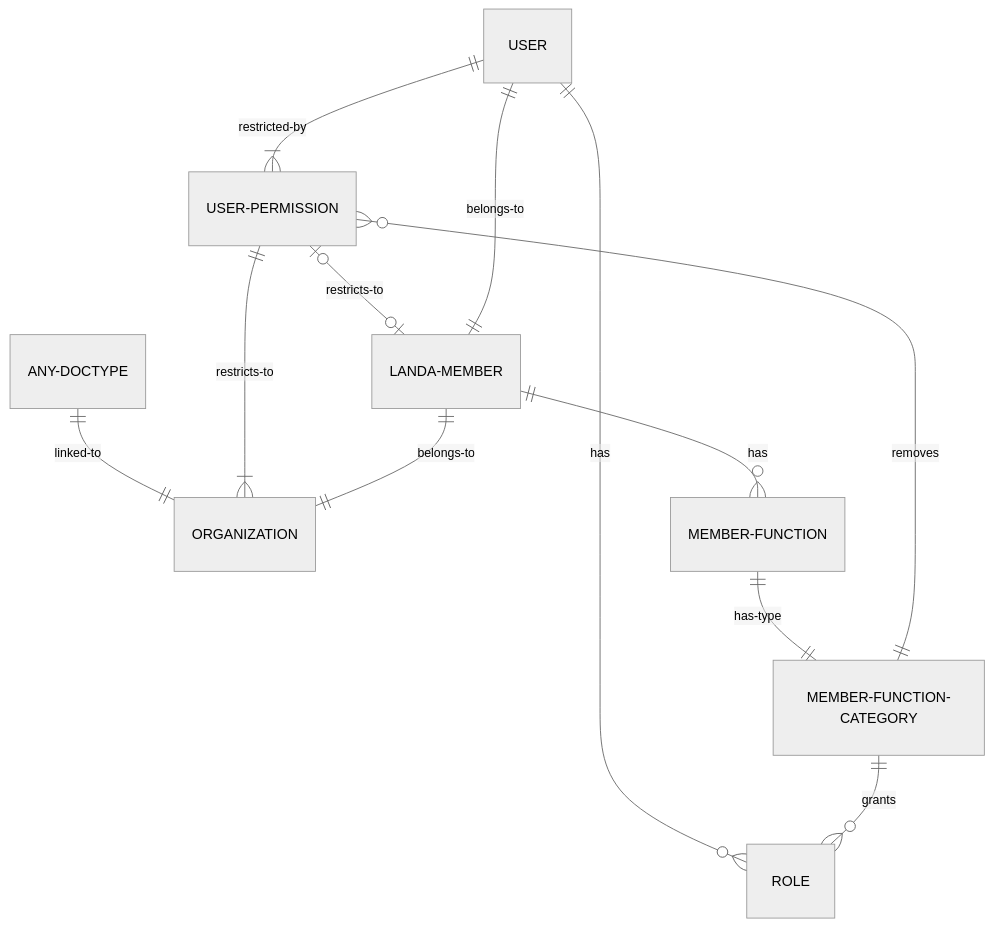
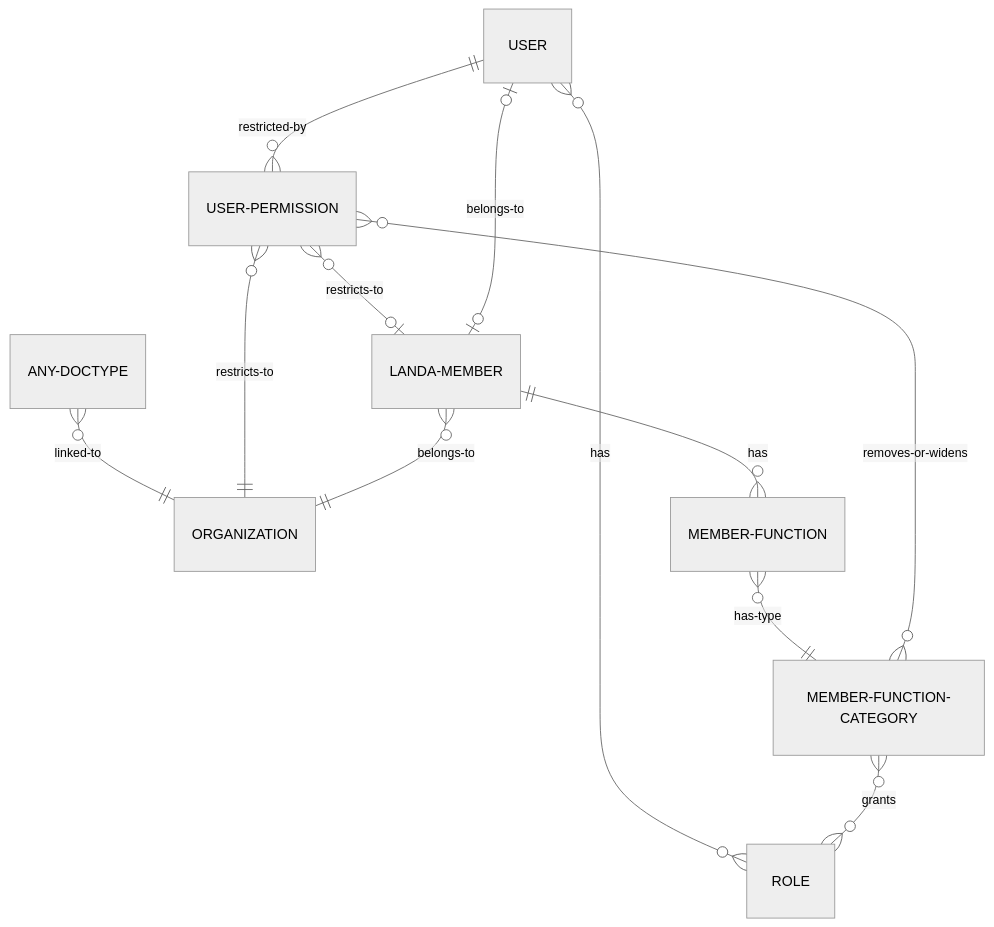
The diagram in docs/permissions.md (alyf-de/landa), drawn with Mermaid (neutral theme) before and after one commit.

Commit message:
docs: fix cardinalities in permissions ER diagram

````diff
--- a/docs/permissions.md
+++ b/docs/permissions.md
@@ -24,14 +24,14 @@
 ```mermaid
 erDiagram
-    USER ||--|{ USER-PERMISSION : restricted-by
-    ANY-DOCTYPE ||--|| ORGANIZATION : linked-to
-    USER ||--o{ ROLE : has
-    USER-PERMISSION ||--|{ ORGANIZATION : restricts-to
-    USER-PERMISSION |o--o| LANDA-MEMBER : restricts-to
-    USER ||--|| LANDA-MEMBER : belongs-to
-    LANDA-MEMBER ||--|| ORGANIZATION : belongs-to
+    USER ||--o{ USER-PERMISSION : restricted-by
+    ANY-DOCTYPE }o--|| ORGANIZATION : linked-to
+    USER }o--o{ ROLE : has
+    USER-PERMISSION }o--|| ORGANIZATION : restricts-to
+    USER-PERMISSION }o--o| LANDA-MEMBER : restricts-to
+    USER |o--o| LANDA-MEMBER : belongs-to
+    LANDA-MEMBER }o--|| ORGANIZATION : belongs-to
     LANDA-MEMBER ||--o{ MEMBER-FUNCTION : has
-    MEMBER-FUNCTION ||--|| MEMBER-FUNCTION-CATEGORY : has-type
-    MEMBER-FUNCTION-CATEGORY ||--o{ ROLE : grants
-    MEMBER-FUNCTION-CATEGORY ||--o{ USER-PERMISSION : removes
+    MEMBER-FUNCTION }o--|| MEMBER-FUNCTION-CATEGORY : has-type
+    MEMBER-FUNCTION-CATEGORY }o--o{ ROLE : grants
+    MEMBER-FUNCTION-CATEGORY }o--o{ USER-PERMISSION : removes-or-widens
 ```
````
